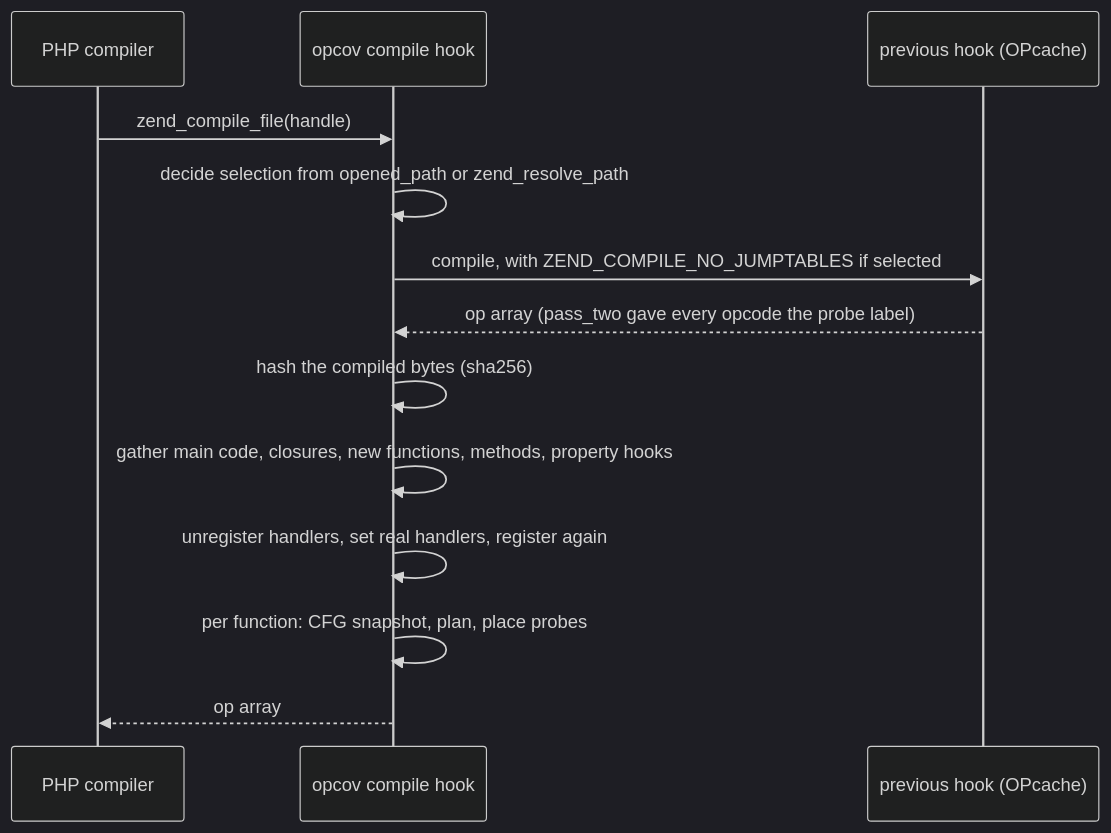
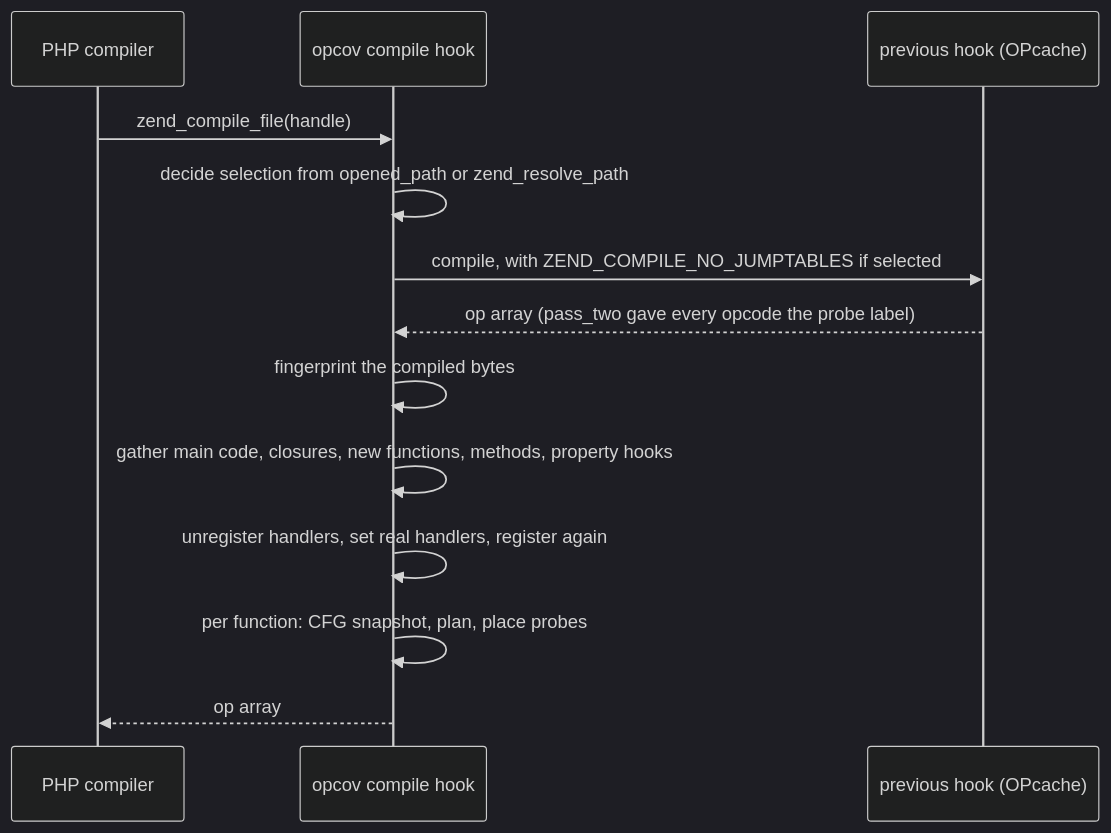
Before and after one commit to stubbedev/opcov: the second of 4 diagrams in docs/how-it-works.md, drawn with Mermaid (dark theme). The commit also changed other lines of this file and 30 other files, not shown here.

````diff
--- a/docs/how-it-works.md
+++ b/docs/how-it-works.md
@@ -75,15 +75,15 @@
 ```mermaid
 sequenceDiagram
     participant VM as PHP compiler
     participant O as opcov compile hook
     participant P as previous hook (OPcache)
     VM->>O: zend_compile_file(handle)
     O->>O: decide selection from opened_path or zend_resolve_path
     O->>P: compile, with ZEND_COMPILE_NO_JUMPTABLES if selected
     P-->>O: op array (pass_two gave every opcode the probe label)
-    O->>O: hash the compiled bytes (sha256)
+    O->>O: fingerprint the compiled bytes
     O->>O: gather main code, closures, new functions, methods, property hooks
     O->>O: unregister handlers, set real handlers, register again
     O->>O: per function: CFG snapshot, plan, place probes
     O-->>VM: op array
 ```
````
